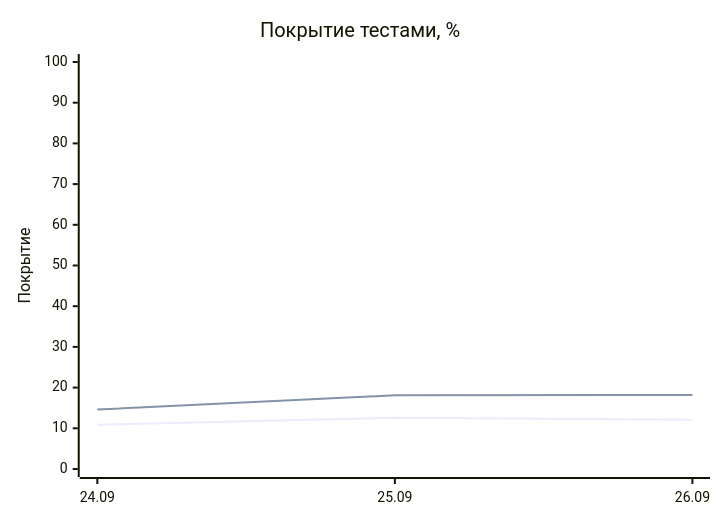
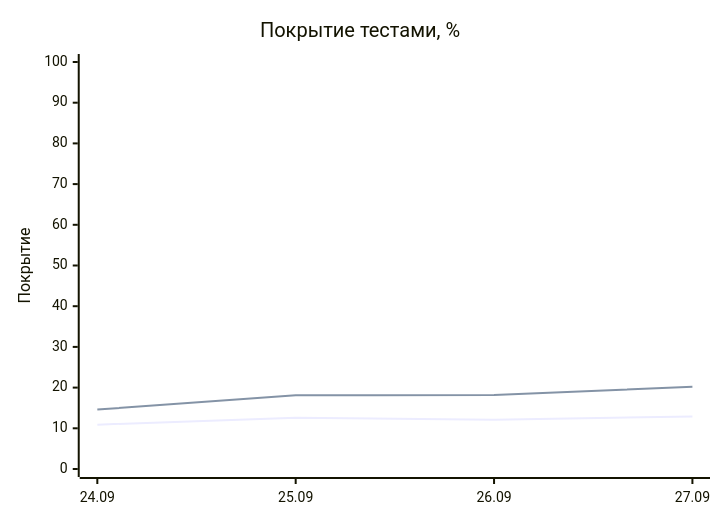
Before and after one commit to EvgeniBondarev/coverage-report: the diagram in README.md, drawn with Mermaid. The commit also changed other lines of this file and 2743 other files, not shown here.

````diff
--- a/README.md
+++ b/README.md
@@ -19,8 +19,8 @@
 ```mermaid
 xychart-beta
     title "Покрытие тестами, %"
-    x-axis ["24.09", "25.09", "26.09"]
+    x-axis ["24.09", "25.09", "26.09", "27.09"]
     y-axis "Покрытие" 0 --> 100
-    line [10.9, 12.6, 12.1]
-    line [14.6, 18.1, 18.2]
+    line [10.9, 12.6, 12.1, 12.9]
+    line [14.6, 18.1, 18.2, 20.2]
 ```
````
